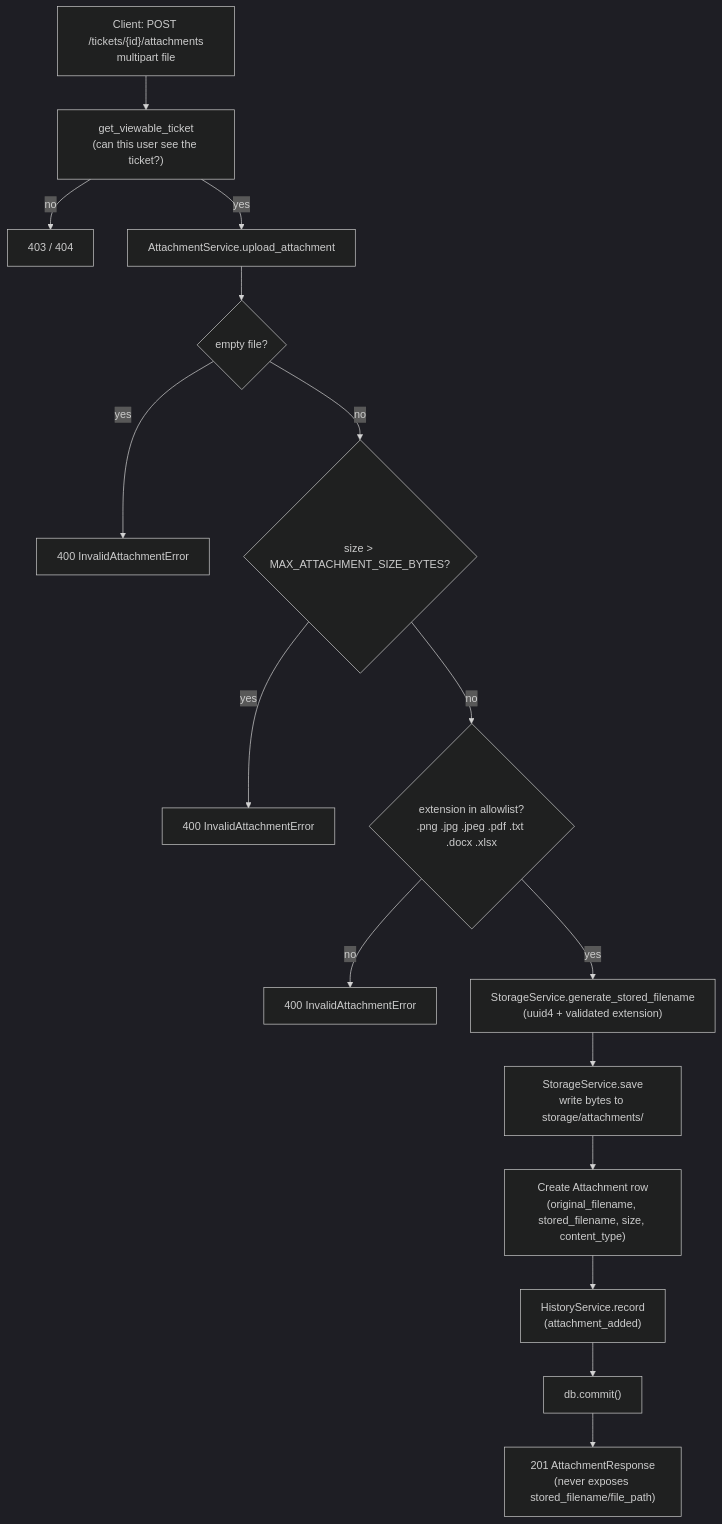
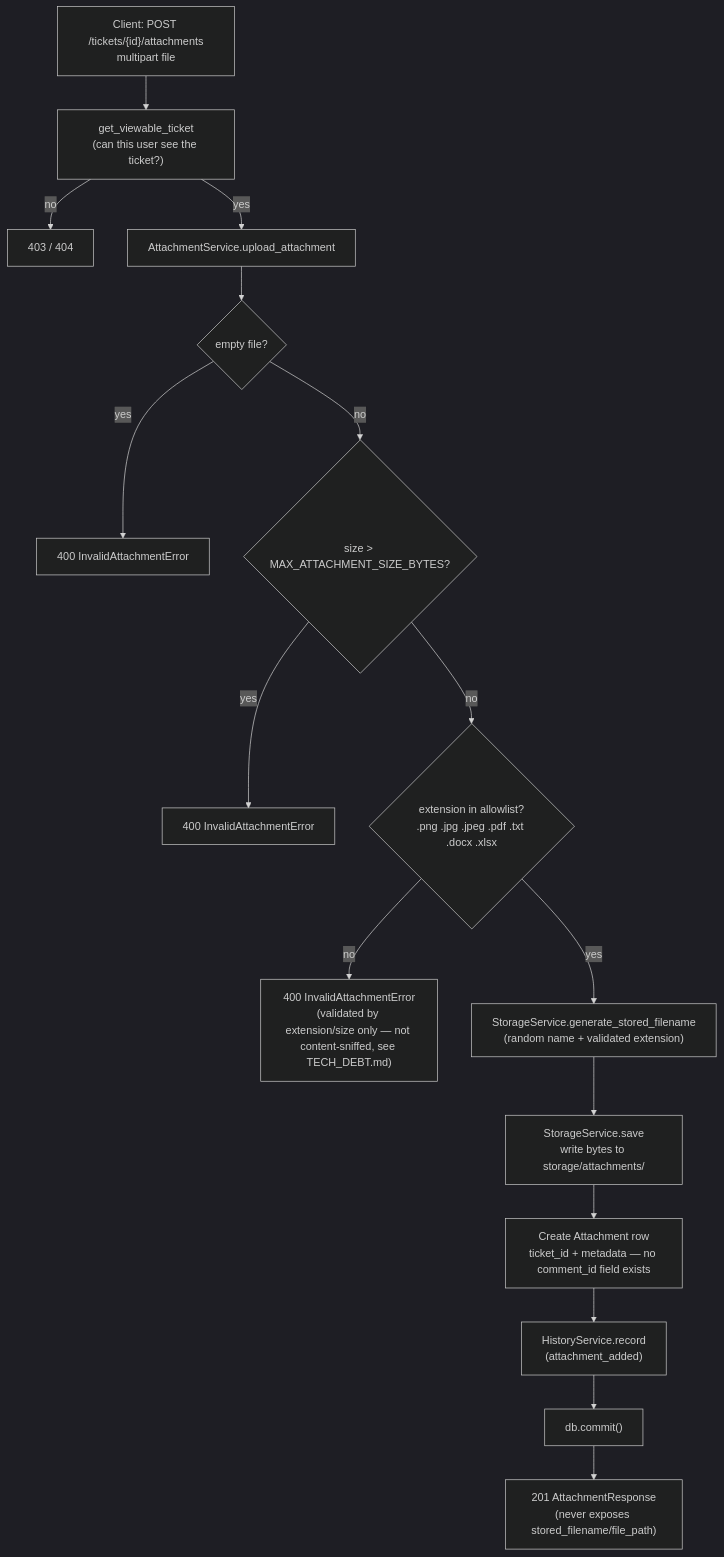
Before and after one commit to emmahr1998/ITOnIT: the sixth of 10 diagrams in docs/BACKEND_DIAGRAMS.md, drawn with Mermaid (dark theme). The commit also changed other lines of this file and 44 other files, not shown here.

````diff
--- a/docs/BACKEND_DIAGRAMS.md
+++ b/docs/BACKEND_DIAGRAMS.md
@@ -274,18 +425,18 @@
 ```mermaid
 flowchart TD
     A["Client: POST /tickets/{id}/attachments\nmultipart file"] --> B["get_viewable_ticket\n(can this user see the ticket?)"]
     B -->|no| B1["403 / 404"]
     B -->|yes| C["AttachmentService.upload_attachment"]
     C --> D{"empty file?"}
     D -->|yes| D1["400 InvalidAttachmentError"]
     D -->|no| E{"size > MAX_ATTACHMENT_SIZE_BYTES?"}
     E -->|yes| E1["400 InvalidAttachmentError"]
     E -->|no| F{"extension in allowlist?\n.png .jpg .jpeg .pdf .txt .docx .xlsx"}
-    F -->|no| F1["400 InvalidAttachmentError"]
-    F -->|yes| G["StorageService.generate_stored_filename\n(uuid4 + validated extension)"]
+    F -->|no| F1["400 InvalidAttachmentError\n(validated by extension/size only — not content-sniffed, see TECH_DEBT.md)"]
+    F -->|yes| G["StorageService.generate_stored_filename\n(random name + validated extension)"]
     G --> H["StorageService.save\nwrite bytes to storage/attachments/"]
-    H --> I["Create Attachment row\n(original_filename, stored_filename, size, content_type)"]
+    H --> I["Create Attachment row\nticket_id + metadata — no comment_id field exists"]
     I --> J["HistoryService.record\n(attachment_added)"]
     J --> K["db.commit()"]
     K --> L["201 AttachmentResponse\n(never exposes stored_filename/file_path)"]
 ```
````
